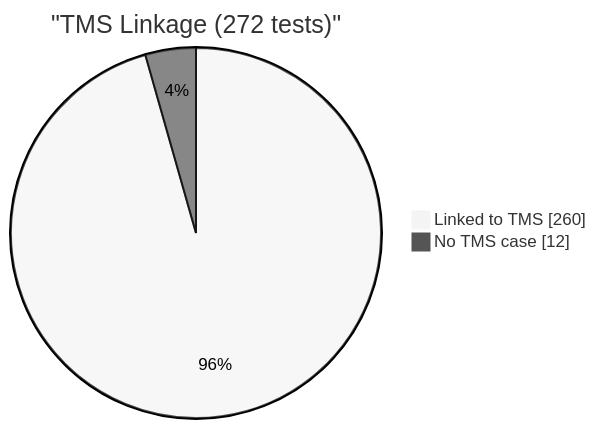
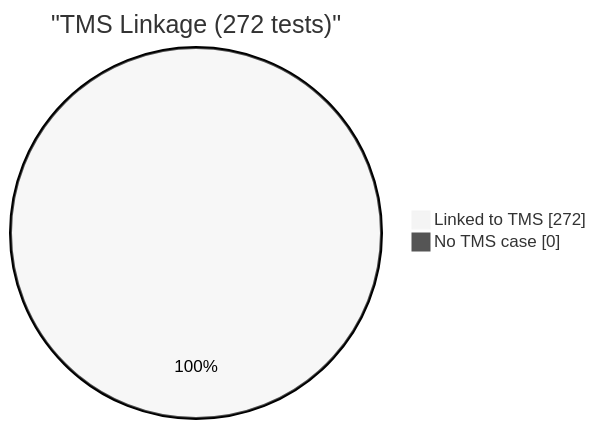
One commit to EliteaAI/onetest-ai-tm-Elitea changed the fourth of 6 diagrams in reports/dashboard.md. Above: the diagram before and after it, drawn with Mermaid (neutral theme). The commit also changed other lines of this file and 1 other file, not shown here.

````diff
--- a/reports/dashboard.md
+++ b/reports/dashboard.md
@@ -77,6 +77,6 @@
 ```mermaid
 pie showData
     title "TMS Linkage (272 tests)"
-    "Linked to TMS" : 260
-    "No TMS case" : 12
+    "Linked to TMS" : 272
+    "No TMS case" : 0
 ```
````
